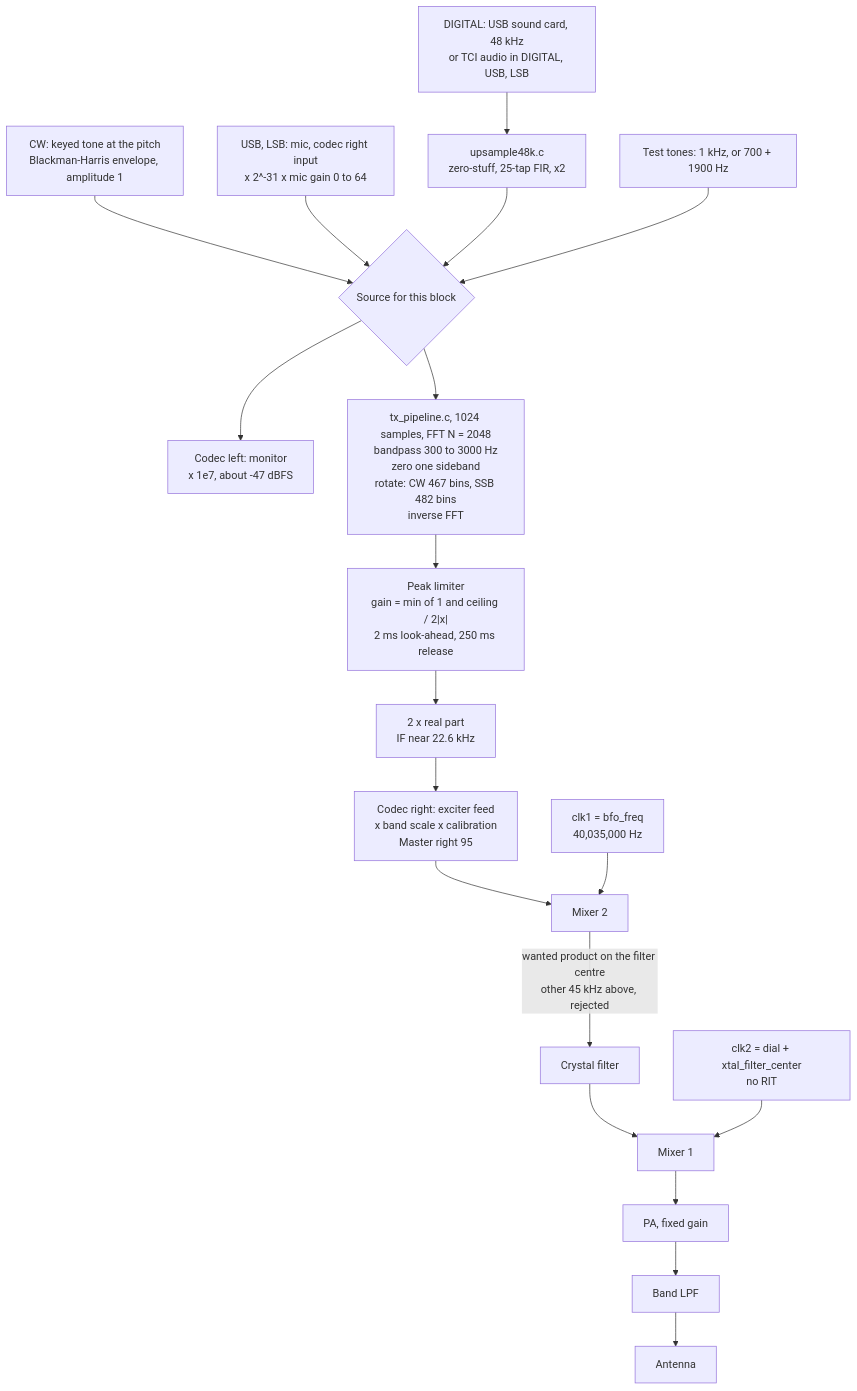
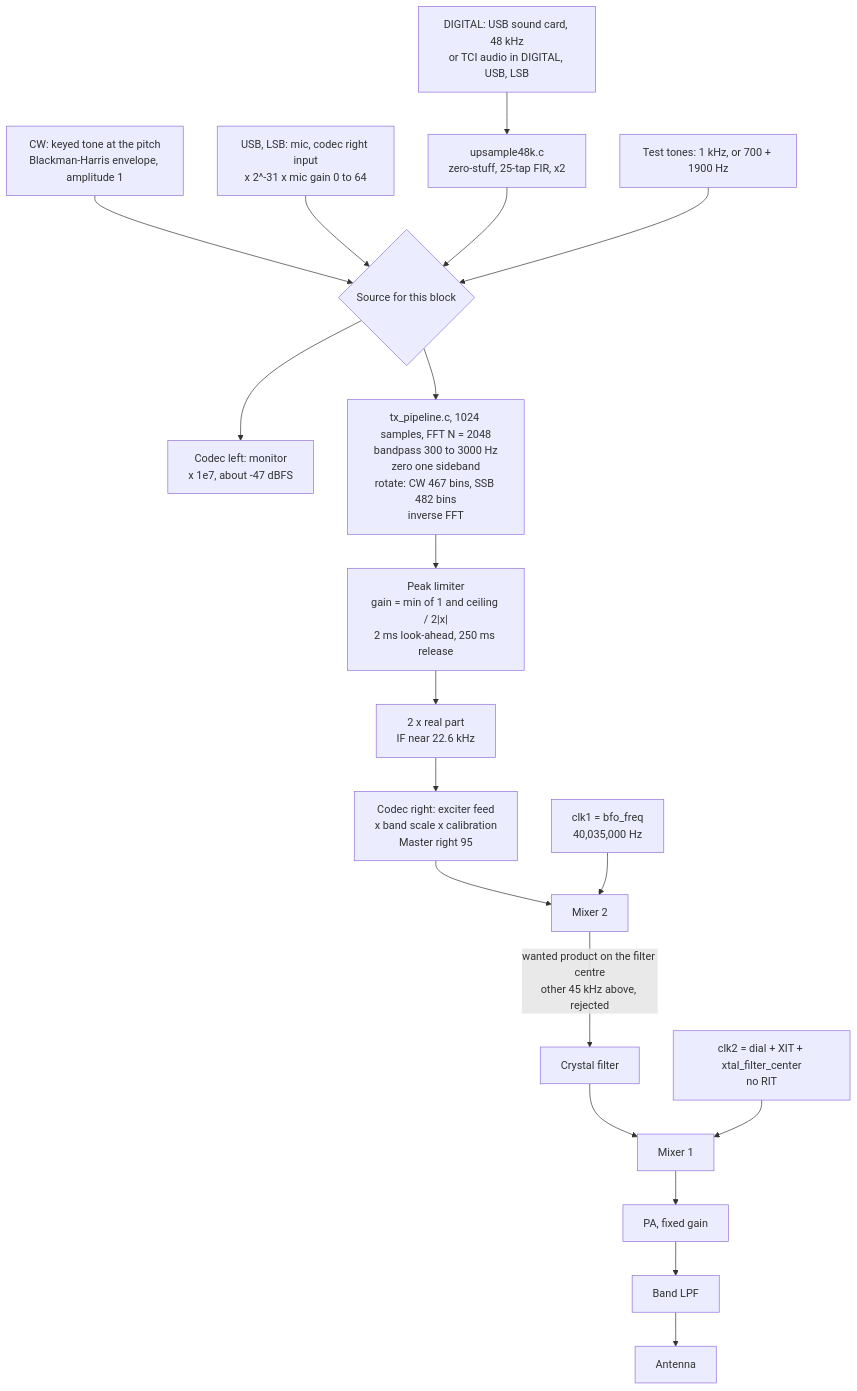
Before and after one commit to MikeJohnshoy/maxibitx: the fourth of 4 diagrams in docs/00_intro.md, drawn with Mermaid. The commit also changed other lines of this file, not shown here.

Commit message:
Update radio state to include XIT offset

````diff
--- a/docs/00_intro.md
+++ b/docs/00_intro.md
@@ -917,18 +917,18 @@
 ```mermaid
 flowchart TD
     CW["CW: keyed tone at the pitch<br/>Blackman-Harris envelope, amplitude 1"] --> SRC{"Source for this block"}
     MIC["USB, LSB: mic, codec right input<br/>x 2^-31 x mic gain 0 to 64"] --> SRC
     DIG["DIGITAL: USB sound card, 48 kHz<br/>or TCI audio in DIGITAL, USB, LSB"] --> UP["upsample48k.c<br/>zero-stuff, 25-tap FIR, x2"] --> SRC
     TONE["Test tones: 1 kHz, or 700 + 1900 Hz"] --> SRC
     SRC --> MON["Codec left: monitor<br/>x 1e7, about -47 dBFS"]
     SRC --> PIPE["tx_pipeline.c, 1024 samples, FFT N = 2048<br/>bandpass 300 to 3000 Hz<br/>zero one sideband<br/>rotate: CW 467 bins, SSB 482 bins<br/>inverse FFT"]
     PIPE --> ALC["Peak limiter<br/>gain = min of 1 and ceiling / 2|x|<br/>2 ms look-ahead, 250 ms release"]
     ALC --> RE["2 x real part<br/>IF near 22.6 kHz"]
     RE --> DAC["Codec right: exciter feed<br/>x band scale x calibration<br/>Master right 95"]
     DAC --> M2["Mixer 2"]
     BFO["clk1 = bfo_freq<br/>40,035,000 Hz"] --> M2
     M2 -->|"wanted product on the filter centre<br/>other 45 kHz above, rejected"| XF["Crystal filter"]
     XF --> M1["Mixer 1"]
-    CLK2["clk2 = dial + xtal_filter_center<br/>no RIT"] --> M1
+    CLK2["clk2 = dial + XIT + xtal_filter_center<br/>no RIT"] --> M1
     M1 --> PA["PA, fixed gain"] --> LPF["Band LPF"] --> ANT["Antenna"]
 ```
````
